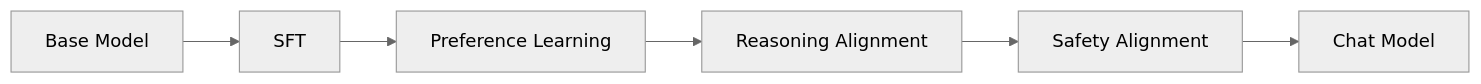
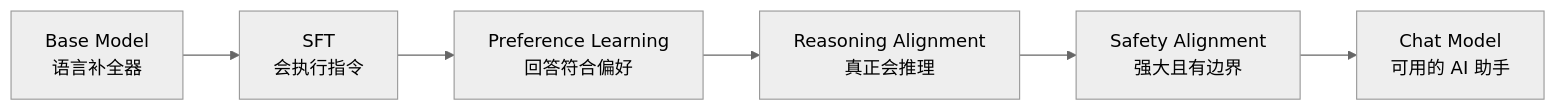
Before and after one commit to AI-learning-simple/Build-Your-Own-LLM: the first of 2 diagrams in 2. Alignment 与训练工程/10. 第二部分总结——从 Base Model 到现代 AI 助手.md, drawn with Mermaid (neutral theme). The commit also changed other lines of this file and 41 other files, not shown here.

````diff
--- a/2. Alignment 与训练工程/10. 第二部分总结——从 Base Model 到现代 AI 助手.md
+++ b/2. Alignment 与训练工程/10. 第二部分总结——从 Base Model 到现代 AI 助手.md
@@ -7,4 +9,4 @@
 ```mermaid
 flowchart LR
-    A[Base Model] --> B[SFT] --> C[Preference Learning] --> D[Reasoning Alignment] --> E[Safety Alignment] --> F[Chat Model]
+    A[Base Model<br/>语言补全器] --> B[SFT<br/>会执行指令] --> C[Preference Learning<br/>回答符合偏好] --> D[Reasoning Alignment<br/>真正会推理] --> E[Safety Alignment<br/>强大且有边界] --> F[Chat Model<br/>可用的 AI 助手]
 ```
````
